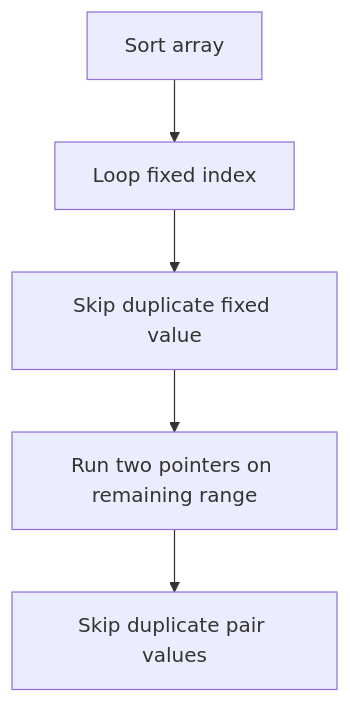
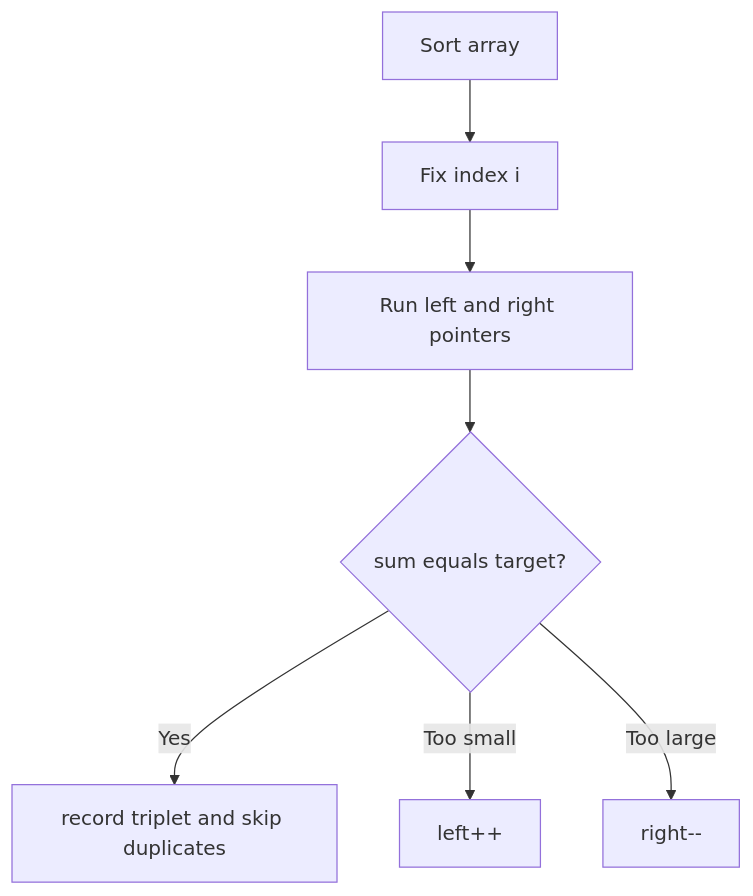
Diagram 31 of 36 in CP_DSA_NOTES/CONCEPT_FRAMEWORK_FORMS_TATICS/two_pointers_sliding_window_playbook.md (mthaiseer/springcloud-systemdesign-notes), drawn with Mermaid before and after one commit. The commit also changed other lines of this file, not shown here.

````diff
--- a/CP_DSA_NOTES/CONCEPT_FRAMEWORK_FORMS_TATICS/two_pointers_sliding_window_playbook.md
+++ b/CP_DSA_NOTES/CONCEPT_FRAMEWORK_FORMS_TATICS/two_pointers_sliding_window_playbook.md
@@ -387,7 +995,9 @@
 ```mermaid
 flowchart TD
-    A["Sort array"] --> B["Loop fixed index"]
-    B --> C["Skip duplicate fixed value"]
-    C --> D["Run two pointers on remaining range"]
-    D --> E["Skip duplicate pair values"]
+    A["Sort array"] --> B["Fix index i"]
+    B --> C["Run left and right pointers"]
+    C --> D{"sum equals target?"}
+    D -->|"Yes"| E["record triplet and skip duplicates"]
+    D -->|"Too small"| F["left++"]
+    D -->|"Too large"| G["right--"]
 ```
````
